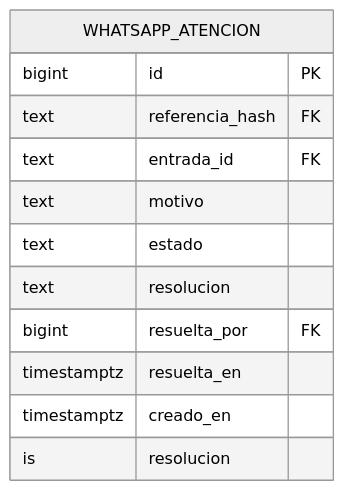
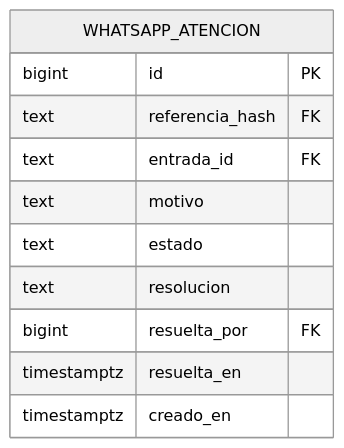
The tenth of 10 diagrams in docs/DER.md (Ignapag/Proyecto---Seminario-Integrador-2026), drawn with Mermaid (neutral theme) before and after one commit. The commit also changed other lines of this file and 32 other files, not shown here.

````diff
--- a/docs/DER.md
+++ b/docs/DER.md
@@ -536,15 +547,14 @@
 ```mermaid
 erDiagram
     WHATSAPP_ATENCION {
         bigint id PK
         text referencia_hash FK
         text entrada_id FK
         text motivo
         text estado
         text resolucion
         bigint resuelta_por FK
         timestamptz resuelta_en
         timestamptz creado_en
-        is resolucion
     }
 ```
````
